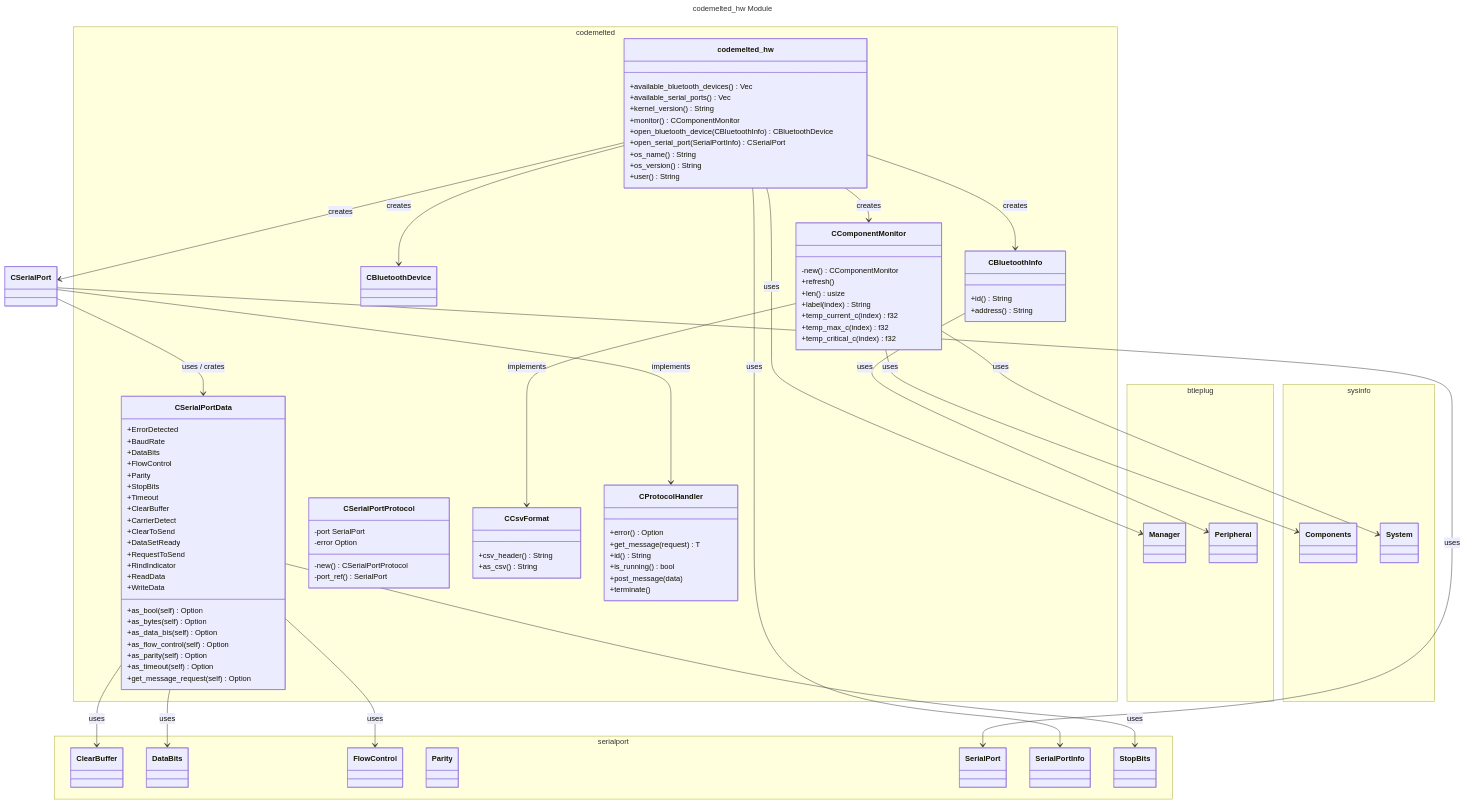
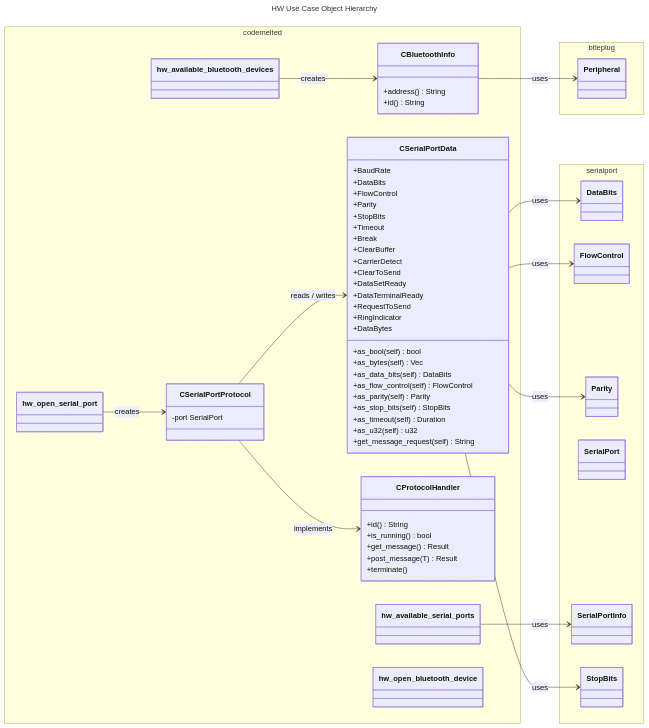
One commit to CodeMelted/codemelted_developer changed the diagram in codemelted_rust/models/codemelted_hw.mmd. Above: the diagram before and after it, drawn with Mermaid. The commit also changed 46 other files, not shown here.

Commit message:
codemelted_rust training completed and ready for publishing / sharing with dev team.

```diff
--- a/codemelted_rust/models/codemelted_hw.mmd
+++ b/codemelted_rust/models/codemelted_hw.mmd
@@ -1,110 +1,72 @@
 ---
-title: codemelted_hw Module
+title: HW Use Case Object Hierarchy
 ---
 classDiagram
-  direction TB
+  direction LR
   namespace codemelted {
-    class codemelted_hw {
-      +available_bluetooth_devices() Vec
-      +available_serial_ports() Vec
-      +kernel_version() String
-      +monitor() CComponentMonitor
-      +open_bluetooth_device(CBluetoothInfo) CBluetoothDevice
-      +open_serial_port(SerialPortInfo) CSerialPort
-      +os_name() String
-      +os_version() String
-      +user() String
-    }
-    class CBluetoothDevice {
-
-    }
     class CBluetoothInfo {
+      +address() String
       +id() String
-      +address() String
-    }
-    class CComponentMonitor {
-      -new() CComponentMonitor
-      +refresh()
-      +len() usize
-      +label(index) String
-      +temp_current_c(index) f32
-      +temp_max_c(index) f32
-      +temp_critical_c(index) f32
     }
     class CSerialPortData {
-      +ErrorDetected
       +BaudRate
       +DataBits
       +FlowControl
       +Parity
       +StopBits
       +Timeout
+      +Break
       +ClearBuffer
       +CarrierDetect
       +ClearToSend
       +DataSetReady
+      +DataTerminalReady
       +RequestToSend
-      +RindIndicator
-      +ReadData
-      +WriteData
-      +as_bool(self) Option
-      +as_bytes(self) Option
-      +as_data_bis(self) Option
-      +as_flow_control(self) Option
-      +as_parity(self) Option
-      +as_timeout(self) Option
-      +get_message_request(self) Option
+      +RingIndicator
+      +DataBytes
+      +as_bool(self) bool
+      +as_bytes(self) Vec
+      +as_data_bits(self) DataBits
+      +as_flow_control(self) FlowControl
+      +as_parity(self) Parity
+      +as_stop_bits(self) StopBits
+      +as_timeout(self) Duration
+      +as_u32(self) u32
+      +get_message_request(self) String
     }
     class CSerialPortProtocol {
       -port SerialPort
-      -error Option
-      -new() CSerialPortProtocol
-      -port_ref() SerialPort
-    }
-    class CCsvFormat {
-      +csv_header() String
-      +as_csv() String
     }
     class CProtocolHandler {
-      +error() Option
-      +get_message(request) T
       +id() String
       +is_running() bool
-      +post_message(data)
+      +get_message() Result
+      +post_message(T) Result
       +terminate()
     }
+    class hw_available_bluetooth_devices
+    class hw_available_serial_ports
+    class hw_open_bluetooth_device
+    class hw_open_serial_port
   }
   namespace btleplug {
-    class Manager
     class Peripheral
   }
   namespace serialport {
-    class ClearBuffer
     class DataBits
     class FlowControl
     class Parity
     class SerialPort
     class SerialPortInfo
     class StopBits
   }
-  namespace sysinfo {
-    class Components
-    class System
-  }
-  codemelted_hw --> CBluetoothInfo: creates
-  codemelted_hw --> CBluetoothDevice: creates
-  codemelted_hw --> CComponentMonitor: creates
-  codemelted_hw --> CSerialPort: creates
-  codemelted_hw --> Manager: uses
   CBluetoothInfo --> Peripheral: uses
-  CSerialPort --> CSerialPortData: uses / crates
-  CSerialPortData --> ClearBuffer: uses
   CSerialPortData --> DataBits: uses
   CSerialPortData --> FlowControl: uses
+  CSerialPortData --> Parity: uses
   CSerialPortData --> StopBits: uses
-  CSerialPort --> CProtocolHandler: implements
-  CSerialPort --> SerialPort: uses
-  codemelted_hw --> SerialPortInfo: uses
-  CComponentMonitor --> CCsvFormat: implements
-  CComponentMonitor --> Components: uses
-  CComponentMonitor --> System: uses
+  CSerialPortProtocol --> CProtocolHandler: implements
+  CSerialPortProtocol --> CSerialPortData: reads / writes
+  hw_available_bluetooth_devices --> CBluetoothInfo: creates
+  hw_available_serial_ports --> SerialPortInfo: uses
+  hw_open_serial_port --> CSerialPortProtocol: creates
```
